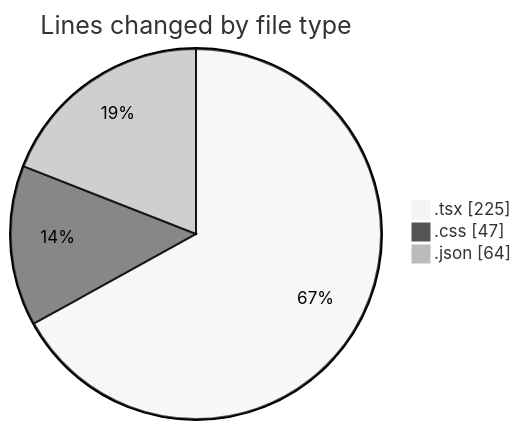
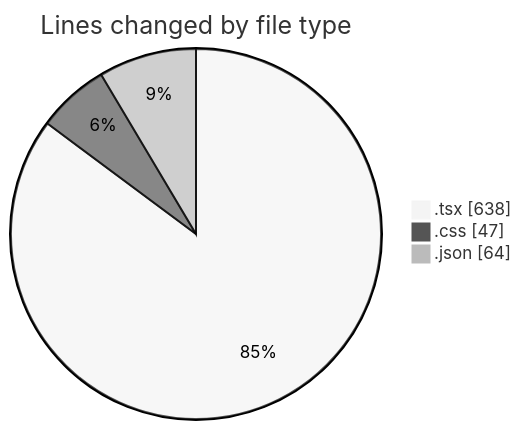
One commit to Elitesun/code-tracking changed the first of 2 diagrams in 2025-04-10/product-page/README.md. Above: the diagram before and after it, drawn with Mermaid (neutral theme). The commit also changed other lines of this file and 1 other file, not shown here.

````diff
--- a/2025-04-10/product-page/README.md
+++ b/2025-04-10/product-page/README.md
@@ -24,7 +27,7 @@
 ```mermaid
 pie showData
 title Lines changed by file type
-".tsx" : 225
+".tsx" : 638
 ".css" : 47
 ".json" : 64
 ```
````
